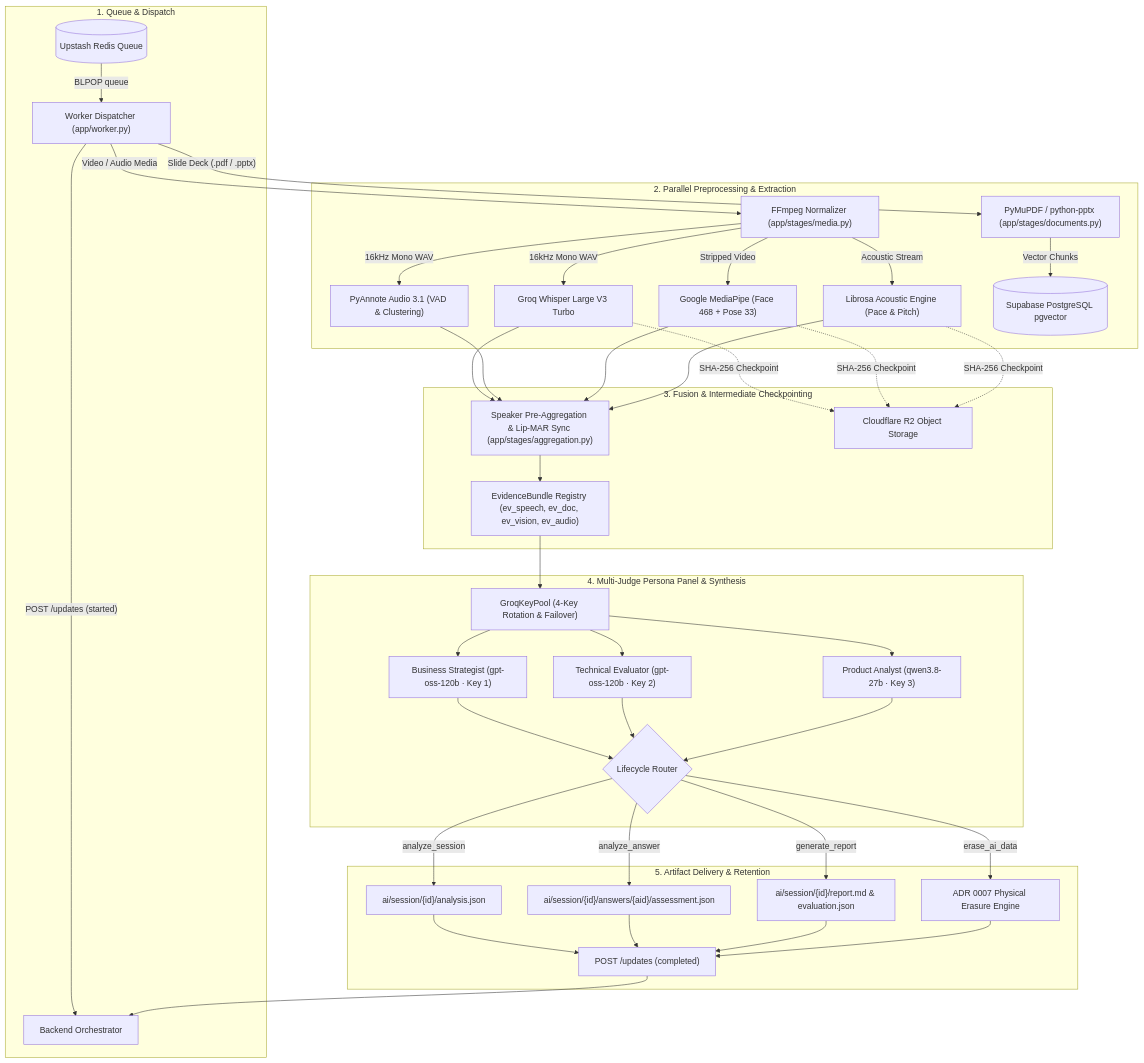
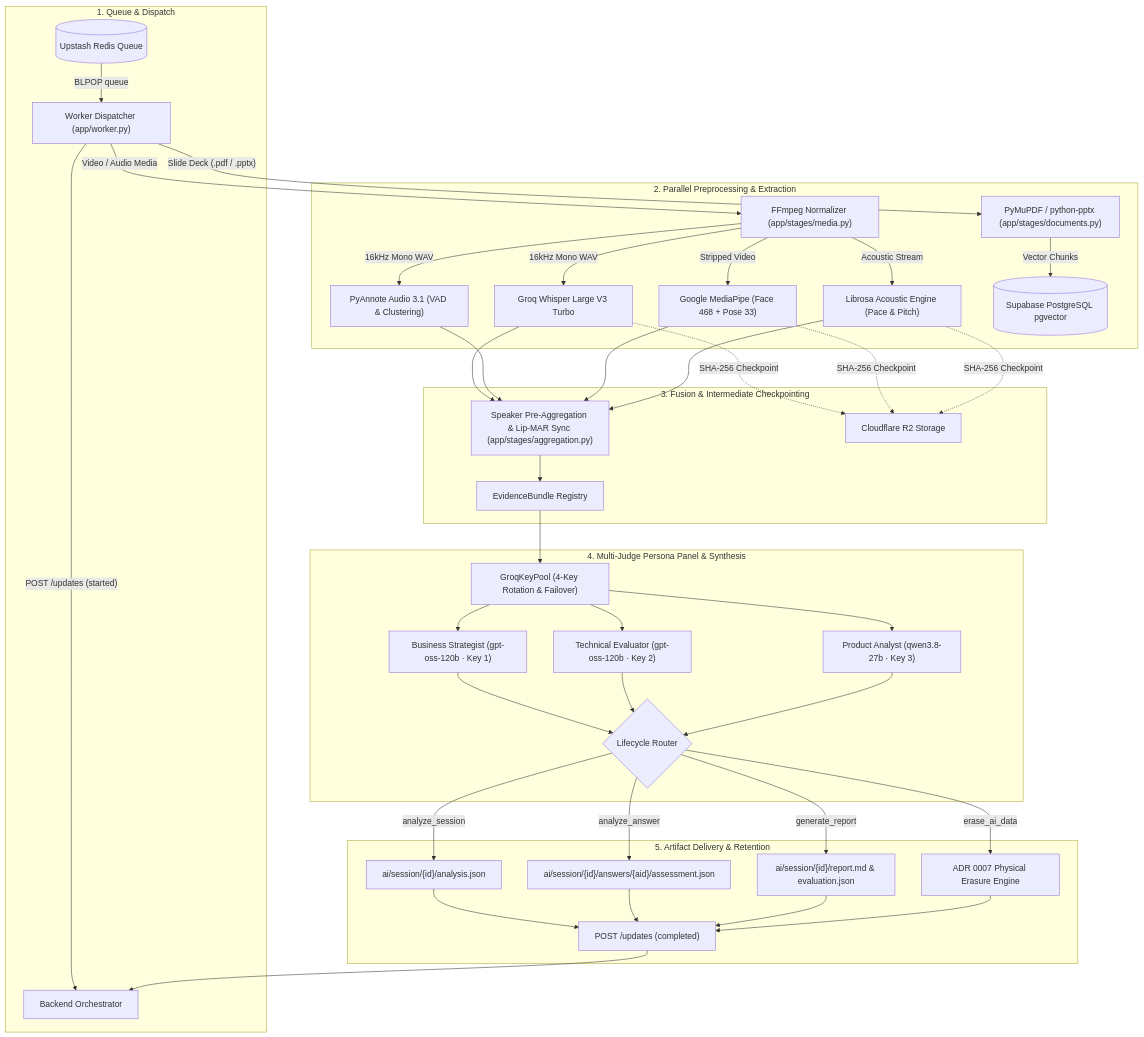
One commit to VirtuJudge/AI-ML changed the diagram in README.md. Above: the diagram before and after it, drawn with Mermaid. The commit also changed other lines of this file, not shown here.

````diff
--- a/README.md
+++ b/README.md
@@ -29,54 +29,54 @@
 ```mermaid
 flowchart TD
     subgraph Ingestion ["1. Queue & Dispatch"]
         Redis[("Upstash Redis Queue")] -->|"BLPOP queue"| Worker["Worker Dispatcher (app/worker.py)"]
         Worker -->|"POST /updates (started)"| Backend["Backend Orchestrator"]
     end
 
     subgraph DualProcessing ["2. Parallel Preprocessing & Extraction"]
         Worker -->|"Video / Audio Media"| MediaSplit["FFmpeg Normalizer (app/stages/media.py)"]
         MediaSplit -->|"16kHz Mono WAV"| Whisper["Groq Whisper Large V3 Turbo"]
         MediaSplit -->|"16kHz Mono WAV"| Diarize["PyAnnote Audio 3.1 (VAD & Clustering)"]
         MediaSplit -->|"Stripped Video"| Vision["Google MediaPipe (Face 468 + Pose 33)"]
         MediaSplit -->|"Acoustic Stream"| Audio["Librosa Acoustic Engine (Pace & Pitch)"]
         
         Worker -->|"Slide Deck (.pdf / .pptx)"| DocExtract["PyMuPDF / python-pptx (app/stages/documents.py)"]
         DocExtract -->|"Vector Chunks"| PgVector[("Supabase PostgreSQL pgvector")]
     end
 
     subgraph FusionCheckpoints ["3. Fusion & Intermediate Checkpointing"]
         Whisper --> Aggregation["Speaker Pre-Aggregation & Lip-MAR Sync (app/stages/aggregation.py)"]
         Diarize --> Aggregation
         Vision --> Aggregation
         Audio --> Aggregation
-        Aggregation --> Bundle["EvidenceBundle Registry (ev_speech, ev_doc, ev_vision, ev_audio)"]
+        Aggregation --> Bundle["EvidenceBundle Registry"]
         
-        Whisper -.->|"SHA-256 Checkpoint"| Storage["Cloudflare R2 Object Storage"]
+        Whisper -.->|"SHA-256 Checkpoint"| Storage["Cloudflare R2 Storage"]
         Vision -.->|"SHA-256 Checkpoint"| Storage
         Audio -.->|"SHA-256 Checkpoint"| Storage
     end
 
     subgraph Intelligence ["4. Multi-Judge Persona Panel & Synthesis"]
         Bundle --> KeyPool["GroqKeyPool (4-Key Rotation & Failover)"]
         KeyPool --> J1["Business Strategist (gpt-oss-120b · Key 1)"]
         KeyPool --> J2["Technical Evaluator (gpt-oss-120b · Key 2)"]
         KeyPool --> J3["Product Analyst (qwen3.8-27b · Key 3)"]
         
         J1 --> OutputRouter{"Lifecycle Router"}
         J2 --> OutputRouter
         J3 --> OutputRouter
     end
 
     subgraph Delivery ["5. Artifact Delivery & Retention"]
         OutputRouter -->|"analyze_session"| AnalysisJSON["ai/session/{id}/analysis.json"]
         OutputRouter -->|"analyze_answer"| AnswerJSON["ai/session/{id}/answers/{aid}/assessment.json"]
         OutputRouter -->|"generate_report"| ReportMD["ai/session/{id}/report.md & evaluation.json"]
         OutputRouter -->|"erase_ai_data"| RetentionPurge["ADR 0007 Physical Erasure Engine"]
         
         AnalysisJSON --> FinalUpdate["POST /updates (completed)"]
         AnswerJSON --> FinalUpdate
         ReportMD --> FinalUpdate
         RetentionPurge --> FinalUpdate
         FinalUpdate --> Backend
     end
 ```
````
